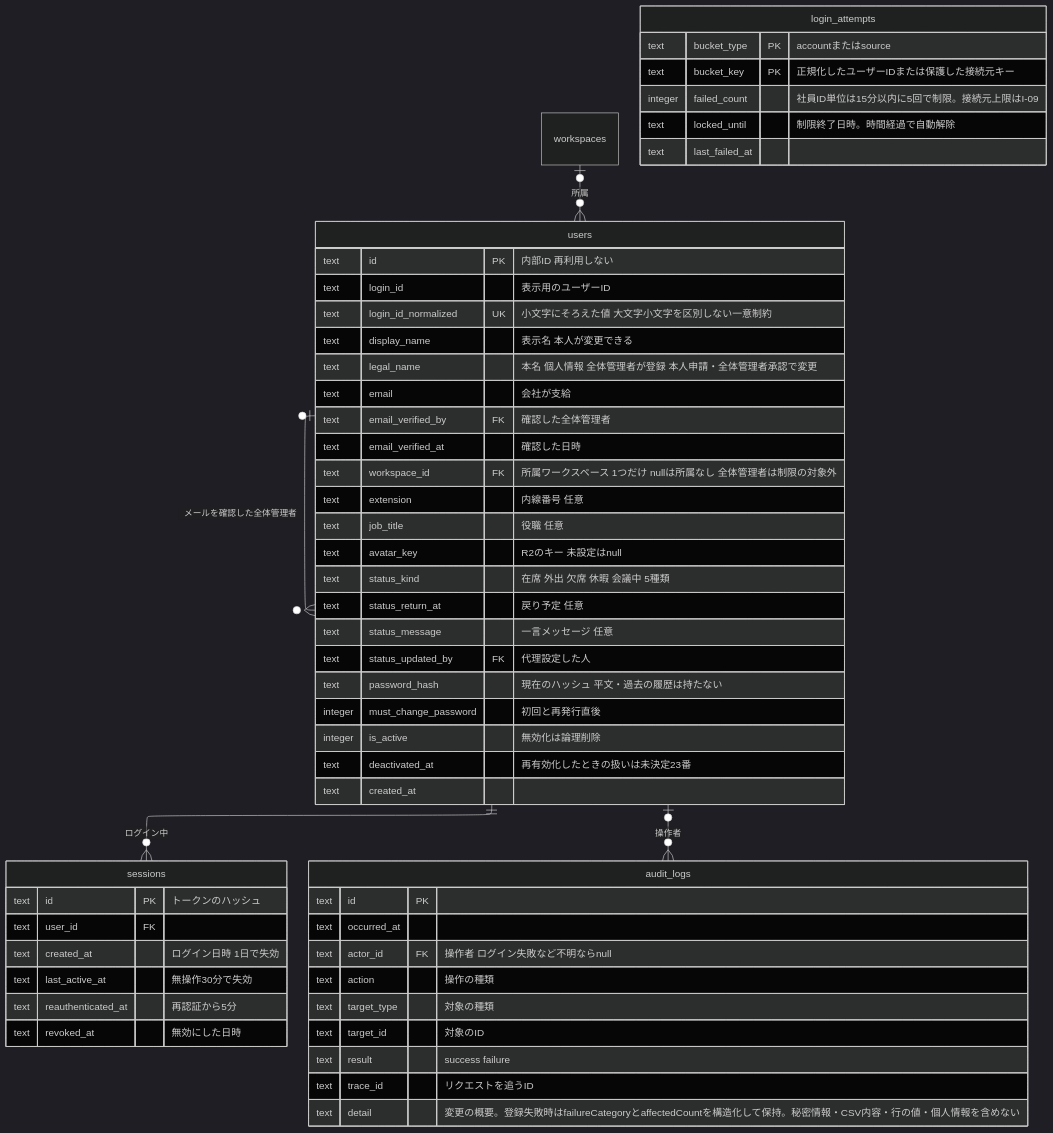
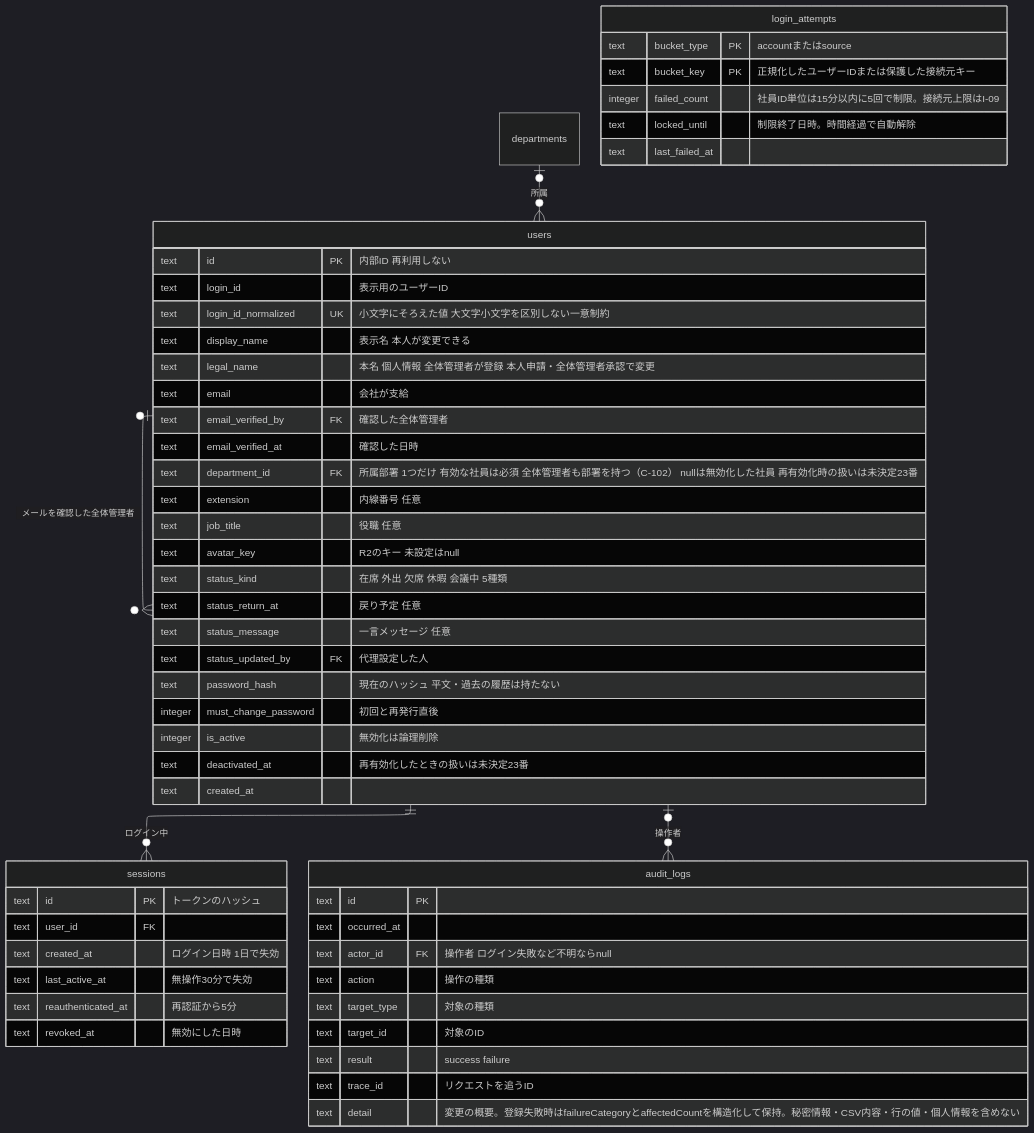
The fifth of 8 diagrams in docs/requirements/data-model.md (yamamotonaoki3/internal-system), drawn with Mermaid (dark theme) before and after one commit. The commit also changed other lines of this file and 18 other files, not shown here.

````diff
--- a/docs/requirements/data-model.md
+++ b/docs/requirements/data-model.md
@@ -142,61 +147,61 @@
 ```mermaid
 ---
 config:
   layout: elk
 ---
 erDiagram
-    workspaces |o--o{ users : "所属"
+    departments |o--o{ users : "所属"
     users ||--o{ sessions : "ログイン中"
     users |o--o{ audit_logs : "操作者"
     users |o--o{ users : "メールを確認した全体管理者"
 
     users {
         text id PK "内部ID 再利用しない"
         text login_id "表示用のユーザーID"
         text login_id_normalized UK "小文字にそろえた値 大文字小文字を区別しない一意制約"
         text display_name "表示名 本人が変更できる"
         text legal_name "本名 個人情報 全体管理者が登録 本人申請・全体管理者承認で変更"
         text email "会社が支給"
         text email_verified_by FK "確認した全体管理者"
         text email_verified_at "確認した日時"
-        text workspace_id FK "所属ワークスペース 1つだけ nullは所属なし 全体管理者は制限の対象外"
+        text department_id FK "所属部署 1つだけ 有効な社員は必須 全体管理者も部署を持つ（C-102） nullは無効化した社員 再有効化時の扱いは未決定23番"
         text extension "内線番号 任意"
         text job_title "役職 任意"
         text avatar_key "R2のキー 未設定はnull"
         text status_kind "在席 外出 欠席 休暇 会議中 5種類"
         text status_return_at "戻り予定 任意"
         text status_message "一言メッセージ 任意"
         text status_updated_by FK "代理設定した人"
         text password_hash "現在のハッシュ 平文・過去の履歴は持たない"
         integer must_change_password "初回と再発行直後"
         integer is_active "無効化は論理削除"
         text deactivated_at "再有効化したときの扱いは未決定23番"
         text created_at
     }
     sessions {
         text id PK "トークンのハッシュ"
         text user_id FK
         text created_at "ログイン日時 1日で失効"
         text last_active_at "無操作30分で失効"
         text reauthenticated_at "再認証から5分"
         text revoked_at "無効にした日時"
     }
     login_attempts {
         text bucket_type PK "accountまたはsource"
         text bucket_key PK "正規化したユーザーIDまたは保護した接続元キー"
         integer failed_count "社員ID単位は15分以内に5回で制限。接続元上限はI-09"
         text locked_until "制限終了日時。時間経過で自動解除"
         text last_failed_at
     }
     audit_logs {
         text id PK
         text occurred_at
         text actor_id FK "操作者 ログイン失敗など不明ならnull"
         text action "操作の種類"
         text target_type "対象の種類"
         text target_id "対象のID"
         text result "success failure"
         text trace_id "リクエストを追うID"
         text detail "変更の概要。登録失敗時はfailureCategoryとaffectedCountを構造化して保持。秘密情報・CSV内容・行の値・個人情報を含めない"
     }
 ```
````
